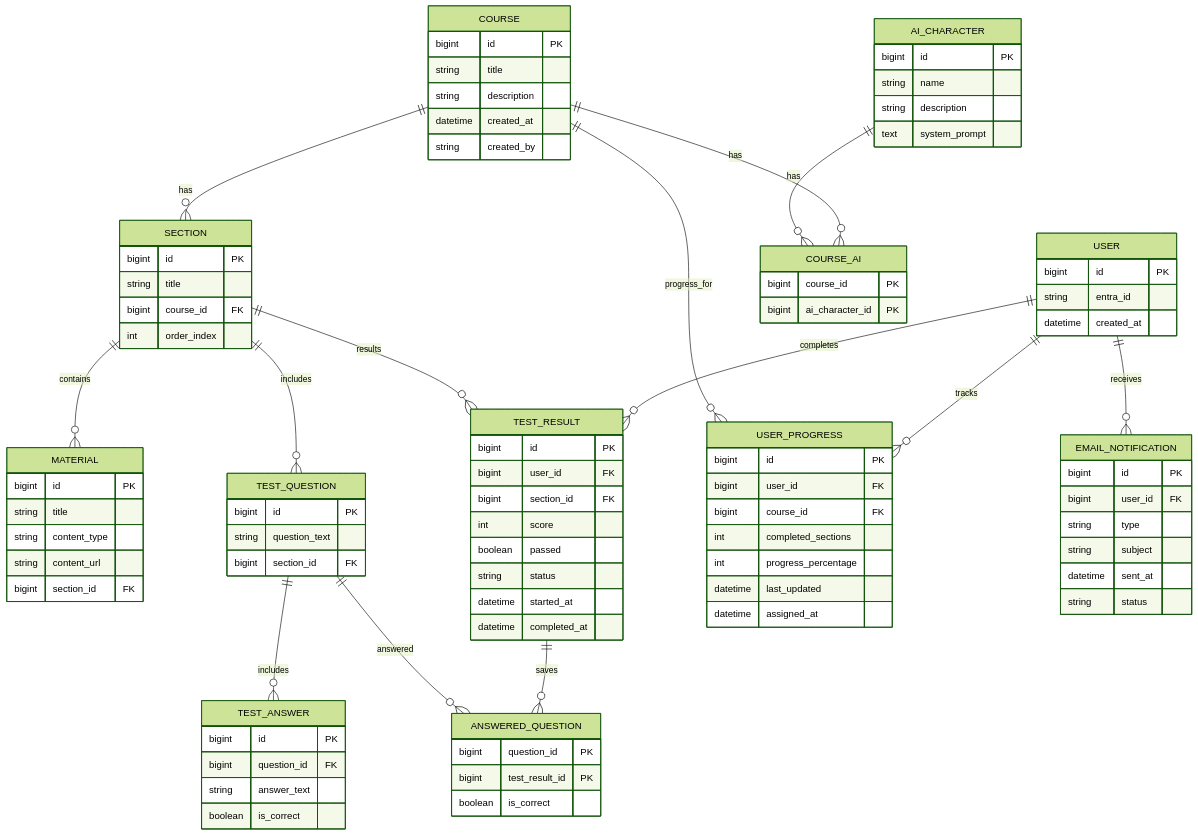
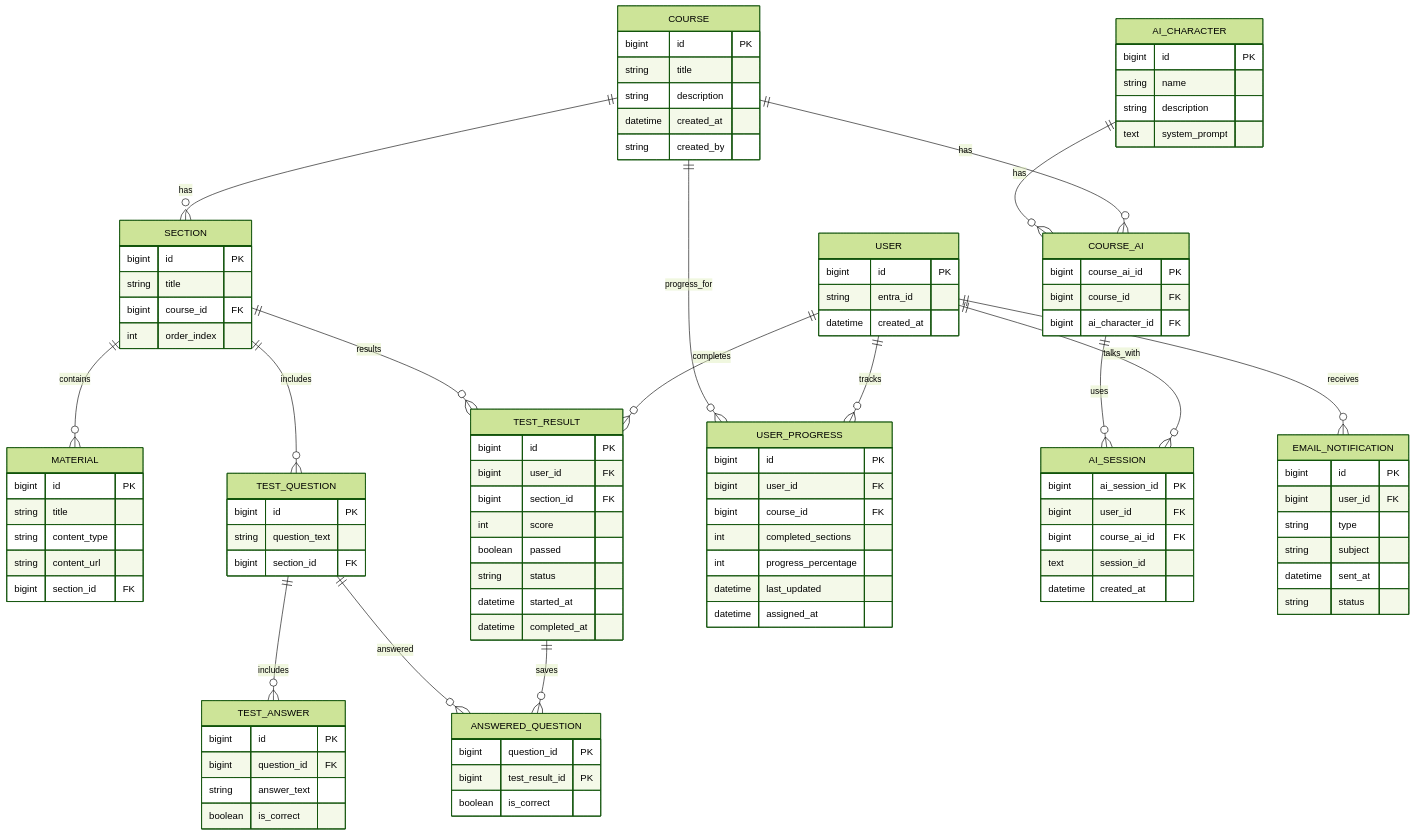
Before and after one commit to Adde2000/LIAProjekt: the diagram in JIN24/erDiagram.md, drawn with Mermaid (forest theme). The commit also changed 1 other file, not shown here.

Commit message:
Update klassDiagram.md & erDiagram.md

```diff
--- a/JIN24/erDiagram.md
+++ b/JIN24/erDiagram.md
@@ -53,13 +53,6 @@
         datetime started_at
         datetime completed_at
     }
-
-%%    TEST_PROGRESS {
-%%        bigint id PK
-%%        bigint user_id FK
-%%        bigint section_id FK
-%%        datetime attempt_time
-%%    }
     
     ANSWERED_QUESTION {
         bigint question_id PK
@@ -78,8 +71,17 @@
     }
 
     COURSE_AI {
-        bigint course_id PK
-        bigint ai_character_id PK
+        bigint course_ai_id PK
+        bigint course_id FK
+        bigint ai_character_id FK
+    }
+    
+    AI_SESSION {
+        bigint ai_session_id PK
+        bigint user_id FK
+        bigint course_ai_id FK
+        text session_id
+        datetime created_at
     }
 
     AI_CHARACTER {
@@ -87,16 +89,7 @@
         string name
         string description
         text system_prompt
-%%        bigint course_id FK
     }
-
-%%    CONVERSATION {
-%%        bigint id PK
-%%        bigint user_id FK
-%%        bigint ai_character_id FK
-%%        text message
-%%        datetime timestamp
-%%    }
 
     EMAIL_NOTIFICATION {
         bigint id PK
@@ -118,17 +111,14 @@
     USER ||--o{ TEST_RESULT : completes
     SECTION ||--o{ TEST_RESULT : results
 
-%%    USER ||--o{ TEST_PROGRESS : makes
-%%    SECTION ||--o{ TEST_PROGRESS : attempts
     TEST_RESULT ||--o{ ANSWERED_QUESTION : saves
     TEST_QUESTION ||--o{ ANSWERED_QUESTION : answered
-%%    TEST_PROGRESS ||--o{ TEST_ANSWER : answered
 
     COURSE ||--o{ COURSE_AI : has
     AI_CHARACTER ||--o{ COURSE_AI : has
     
-%%    USER ||--o{ CONVERSATION : sends
-%%    AI_CHARACTER ||--o{ CONVERSATION : responds
+    USER ||--o{ AI_SESSION : talks_with
+    COURSE_AI ||--o{ AI_SESSION : uses
 
     USER ||--o{ EMAIL_NOTIFICATION : receives
 
```
